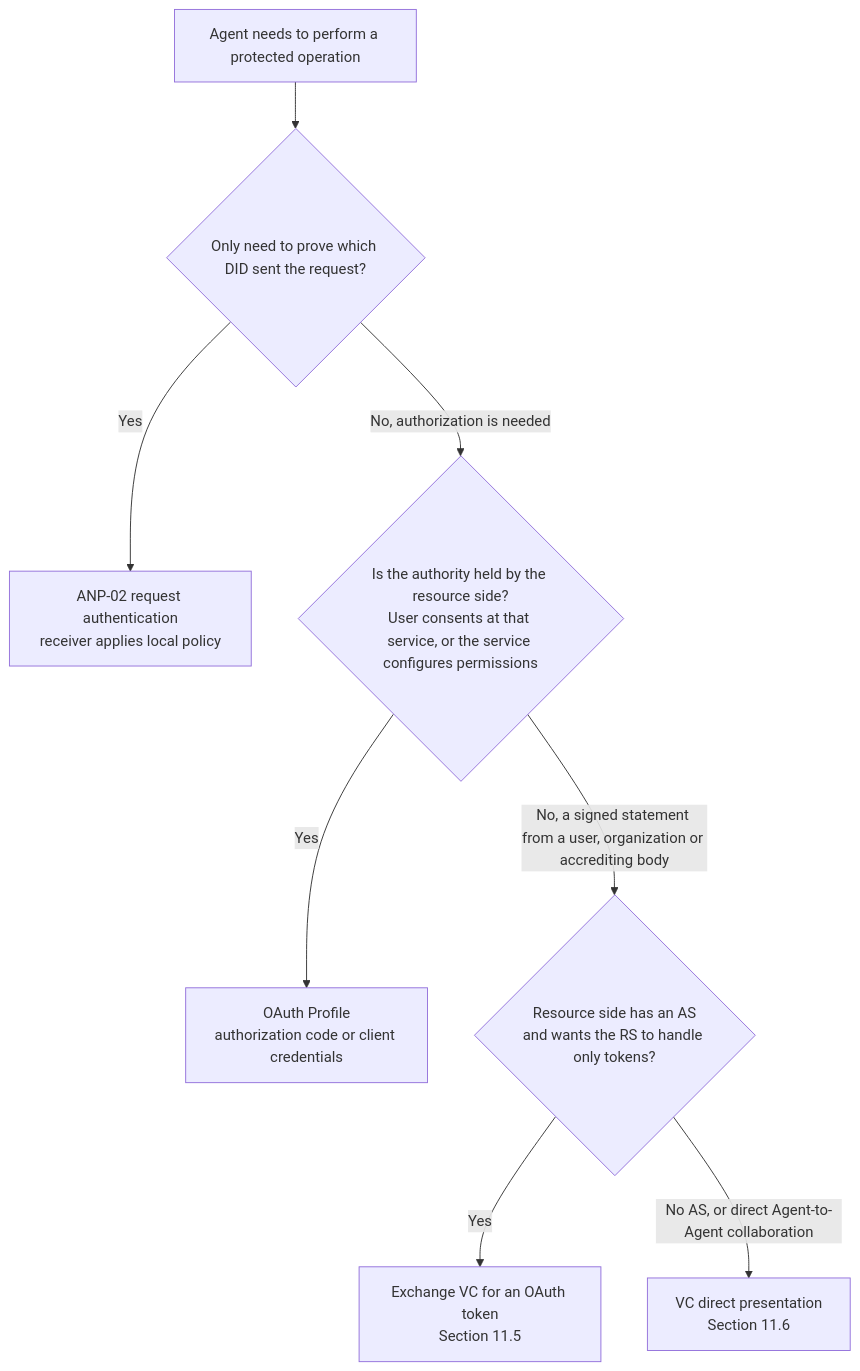
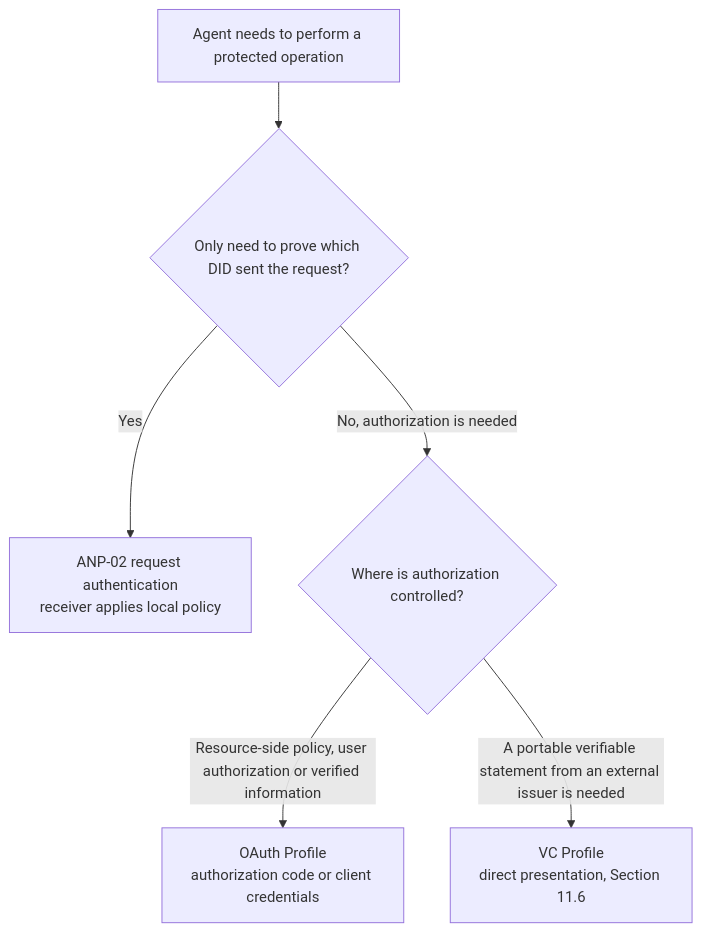
The first of 4 diagrams in vnext/05-anp-did-authorization-protocol-specification.md (agent-network-protocol/AgentNetworkProtocol), drawn with Mermaid before and after one commit. The commit also changed other lines of this file and 8 other files, not shown here.

````diff
--- a/vnext/05-anp-did-authorization-protocol-specification.md
+++ b/vnext/05-anp-did-authorization-protocol-specification.md
@@ -128,10 +130,8 @@
 ```mermaid
 flowchart TD
   Start["Agent needs to perform a protected operation"] --> Q1{"Only need to prove which DID sent the request?"}
   Q1 -->|"Yes"| P02["ANP-02 request authentication<br/>receiver applies local policy"]
-  Q1 -->|"No, authorization is needed"| Q2{"Is the authority held by the resource side?<br/>User consents at that service, or the service configures permissions"}
-  Q2 -->|"Yes"| OA["OAuth Profile<br/>authorization code or client credentials"]
-  Q2 -->|"No, a signed statement from a user, organization or accrediting body"| Q3{"Resource side has an AS<br/>and wants the RS to handle only tokens?"}
-  Q3 -->|"Yes"| EX["Exchange VC for an OAuth token<br/>Section 11.5"]
-  Q3 -->|"No AS, or direct Agent-to-Agent collaboration"| DP["VC direct presentation<br/>Section 11.6"]
+  Q1 -->|"No, authorization is needed"| Q2{"Where is authorization controlled?"}
+  Q2 -->|"Resource-side policy, user authorization or verified information"| OA["OAuth Profile<br/>authorization code or client credentials"]
+  Q2 -->|"A portable verifiable statement from an external issuer is needed"| DP["VC Profile<br/>direct presentation, Section 11.6"]
 ```
````
